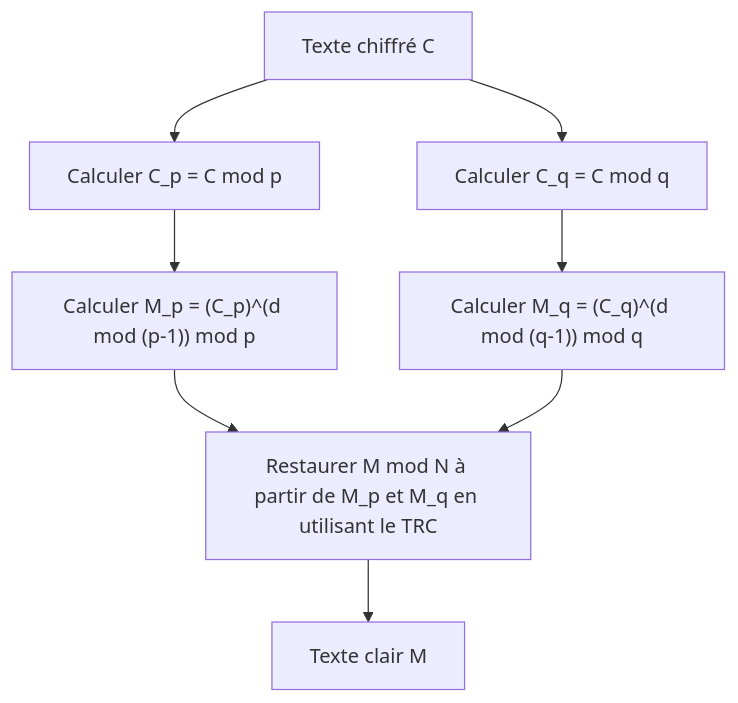
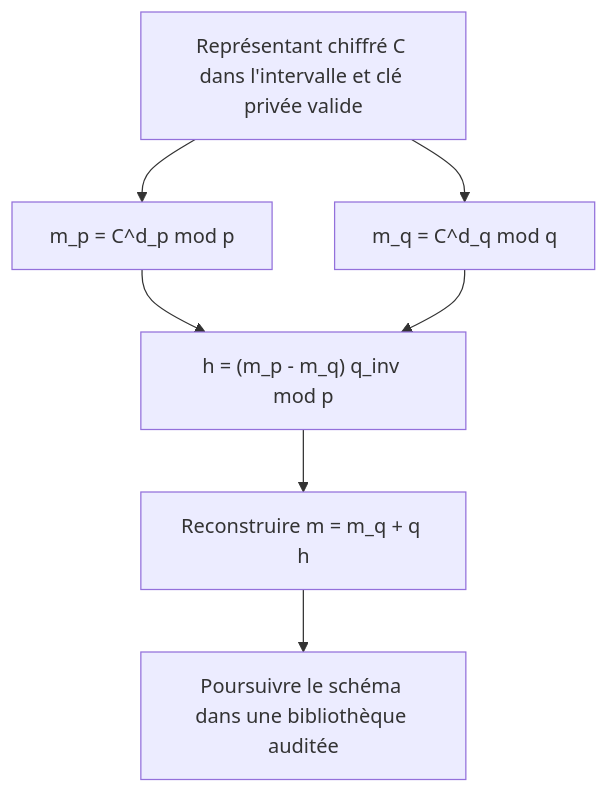
One commit to kenjinote/blog changed the diagram in content/post/chinese-remainder-theorem/index.fr.md. Above: the diagram before and after it, drawn with Mermaid. The commit also changed other lines of this file and 5 other files, not shown here.

````diff
--- a/content/post/chinese-remainder-theorem/index.fr.md
+++ b/content/post/chinese-remainder-theorem/index.fr.md
@@ -127,10 +133,9 @@
 ```mermaid
-graph TD
-    A["Texte chiffré C"] --> B["Calculer C_p = C mod p"]
-    A --> C["Calculer C_q = C mod q"]
-    B --> D["Calculer M_p = (C_p)^(d mod (p-1)) mod p"]
-    C --> E["Calculer M_q = (C_q)^(d mod (q-1)) mod q"]
-    D --> F["Restaurer M mod N à partir de M_p et M_q en utilisant le TRC"]
-    E --> F
-    F --> G["Texte clair M"]
+flowchart TD
+    A["Représentant chiffré C dans l'intervalle et clé privée valide"] --> B["m_p = C^d_p mod p"]
+    A --> C["m_q = C^d_q mod q"]
+    B --> D["h = (m_p - m_q) q_inv mod p"]
+    C --> D
+    D --> E["Reconstruire m = m_q + q h"]
+    E --> F["Poursuivre le schéma dans une bibliothèque auditée"]
 ```
````
